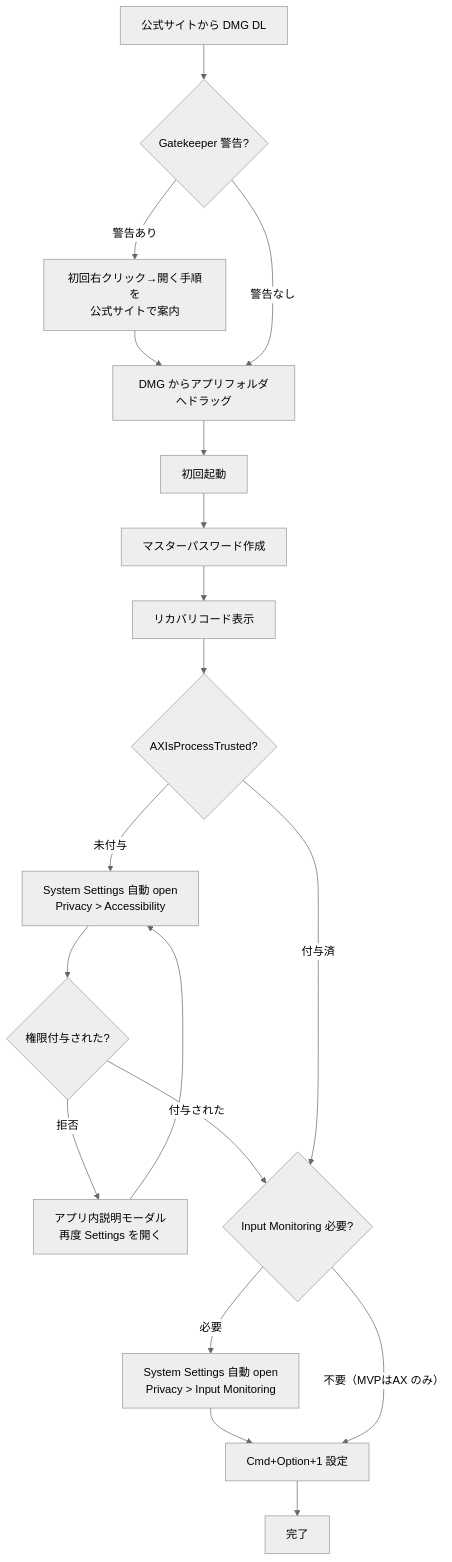
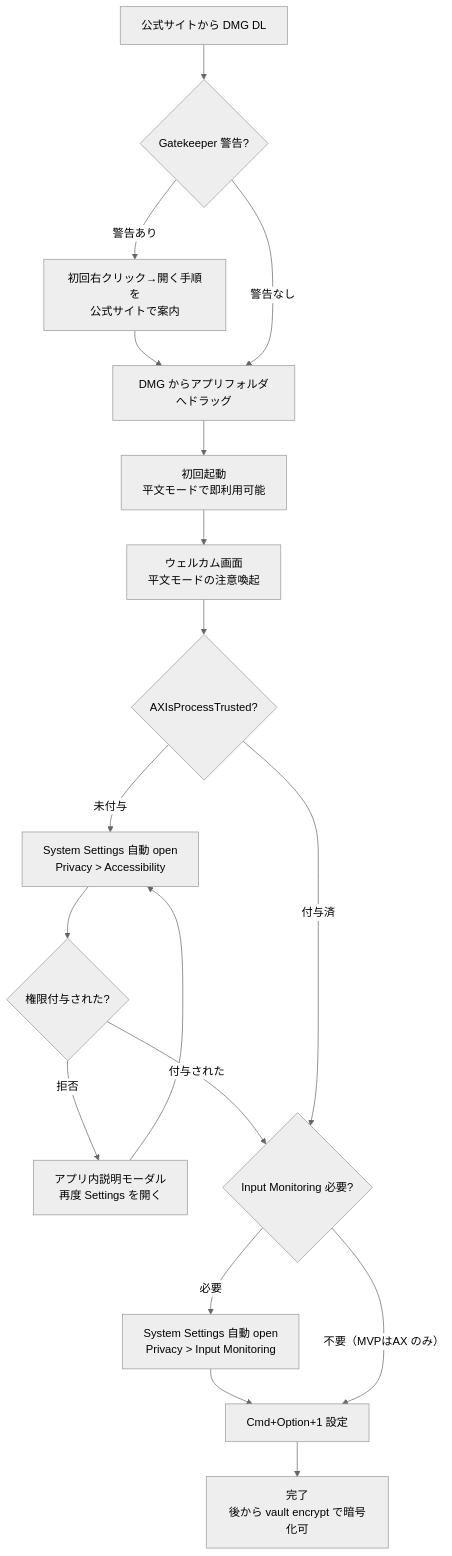
The third of 5 diagrams in docs/architecture/environment-diff.md (shikomi-dev/shikomi), drawn with Mermaid (neutral theme) before and after one commit. The commit also changed other lines of this file and 3 other files, not shown here.

First line of the commit message:
docs(architecture): vault 保護のデフォルトを平文化、暗号化をオプトインに変更

````diff
--- a/docs/architecture/environment-diff.md
+++ b/docs/architecture/environment-diff.md
@@ -141,30 +143,29 @@
 ```mermaid
 flowchart TB
     DL[公式サイトから DMG DL]
     Gate{Gatekeeper 警告?}
     GateHelp[初回右クリック→開く手順を<br/>公式サイトで案内]
     Install[DMG からアプリフォルダへドラッグ]
-    First[初回起動]
-    MasterSet[マスターパスワード作成]
-    Recovery[リカバリコード表示]
+    First[初回起動<br/>平文モードで即利用可能]
+    Welcome[ウェルカム画面<br/>平文モードの注意喚起]
     AXCheck{AXIsProcessTrusted?}
     AXSettings[System Settings 自動 open<br/>Privacy > Accessibility]
     AXDeny{権限付与された?}
     AXRetry[アプリ内説明モーダル<br/>再度 Settings を開く]
     IMCheck{Input Monitoring 必要?}
     IMSettings[System Settings 自動 open<br/>Privacy > Input Monitoring]
     HotkeySetup[Cmd+Option+1 設定]
-    Done[完了]
+    Done[完了<br/>後から vault encrypt で暗号化可]
 
     DL --> Gate
     Gate -- 警告あり --> GateHelp --> Install
     Gate -- 警告なし --> Install
-    Install --> First --> MasterSet --> Recovery --> AXCheck
+    Install --> First --> Welcome --> AXCheck
     AXCheck -- 未付与 --> AXSettings --> AXDeny
     AXDeny -- 付与された --> IMCheck
     AXDeny -- 拒否 --> AXRetry --> AXSettings
     AXCheck -- 付与済 --> IMCheck
     IMCheck -- 必要 --> IMSettings --> HotkeySetup
     IMCheck -- 不要（MVPはAX のみ） --> HotkeySetup
     HotkeySetup --> Done
 ```
````
